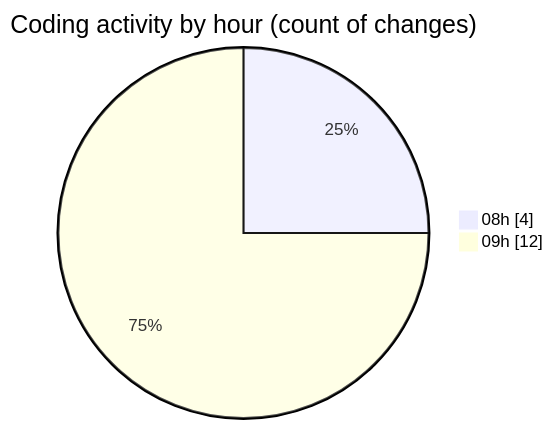
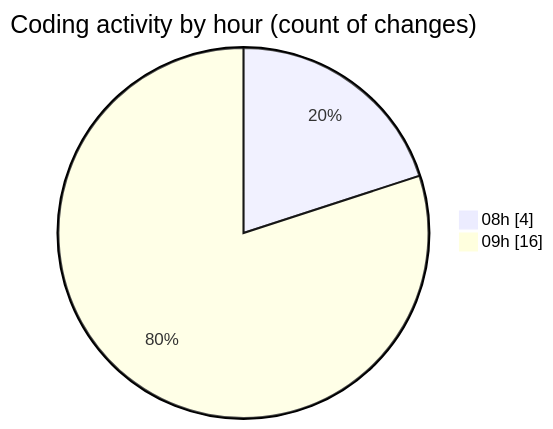
The second of 2 diagrams in 2026-09-17/cda/README.md (momahboobian/code-tracking), drawn with Mermaid before and after one commit. The commit also changed other lines of this file and 1 other file, not shown here.

````diff
--- a/2026-09-17/cda/README.md
+++ b/2026-09-17/cda/README.md
@@ -41,6 +41,6 @@
 ```mermaid
 pie showData
 title Coding activity by hour (count of changes)
 "08h" : 4
-"09h" : 12
+"09h" : 16
 ```
````
